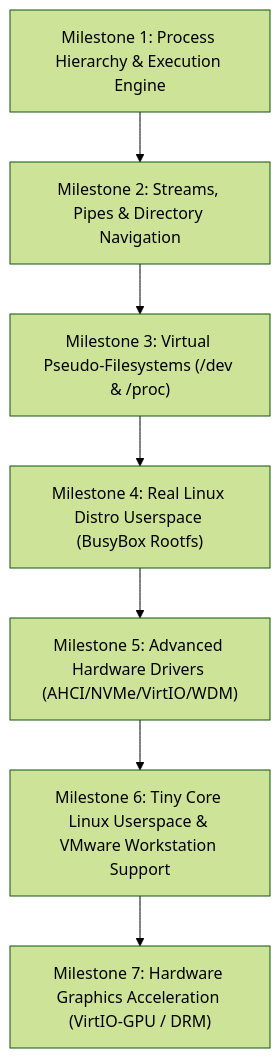
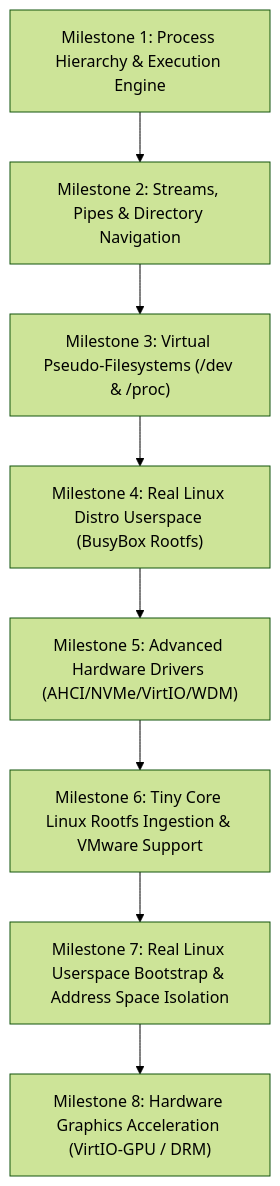
Before and after one commit to TheLunatic1/Lunix: the diagram in ROADMAP.md, drawn with Mermaid (forest theme). The commit also changed other lines of this file and 21 other files, not shown here.

Commit message:
Full TinyCore Linux Userspace Boot Sequence

````diff
--- a/ROADMAP.md
+++ b/ROADMAP.md
@@ -41,9 +41,10 @@
 ```mermaid
 graph TD
     M1["Milestone 1: Process Hierarchy & Execution Engine"] --> M2["Milestone 2: Streams, Pipes & Directory Navigation"]
     M2 --> M3["Milestone 3: Virtual Pseudo-Filesystems (/dev & /proc)"]
     M3 --> M4["Milestone 4: Real Linux Distro Userspace (BusyBox Rootfs)"]
     M4 --> M5["Milestone 5: Advanced Hardware Drivers (AHCI/NVMe/VirtIO/WDM)"]
-    M5 --> M6["Milestone 6: Tiny Core Linux Userspace & VMware Workstation Support"]
-    M6 --> M7["Milestone 7: Hardware Graphics Acceleration (VirtIO-GPU / DRM)"]
+    M5 --> M6["Milestone 6: Tiny Core Linux Rootfs Ingestion & VMware Support"]
+    M6 --> M7["Milestone 7: Real Linux Userspace Bootstrap & Address Space Isolation"]
+    M7 --> M8["Milestone 8: Hardware Graphics Acceleration (VirtIO-GPU / DRM)"]
 ```
````
